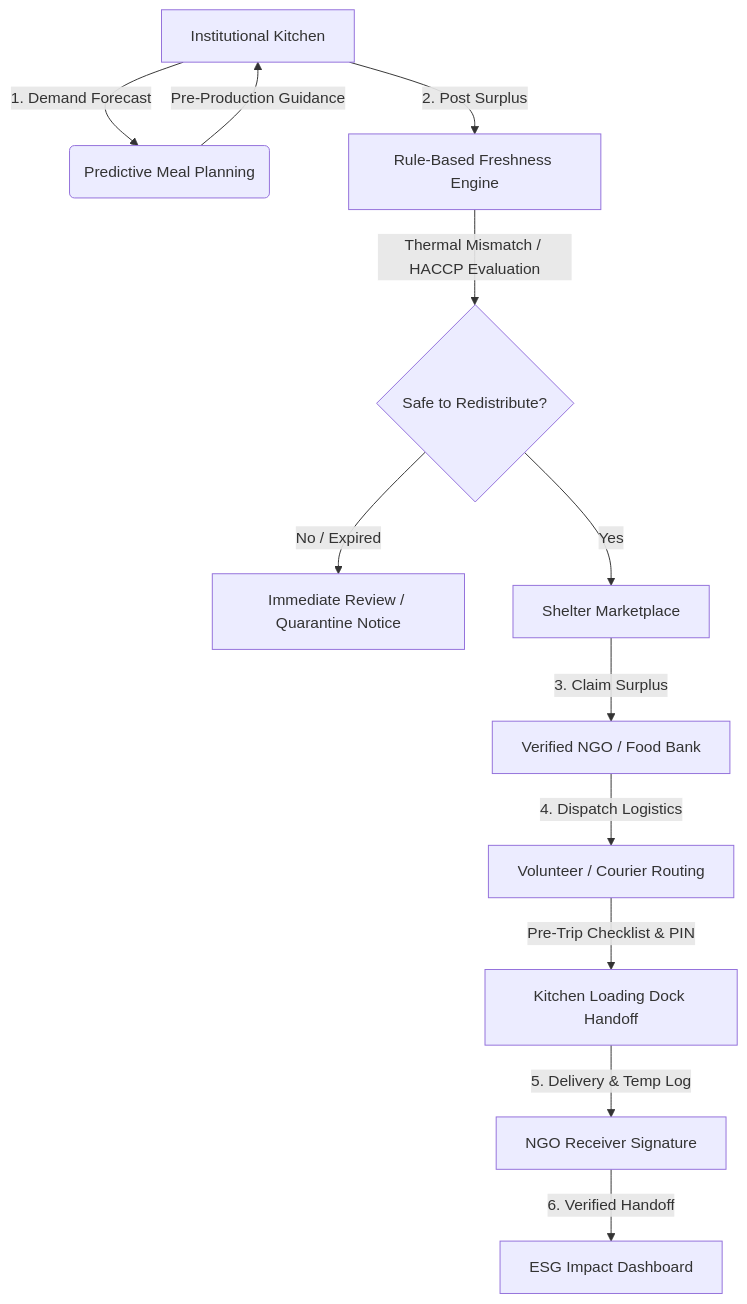
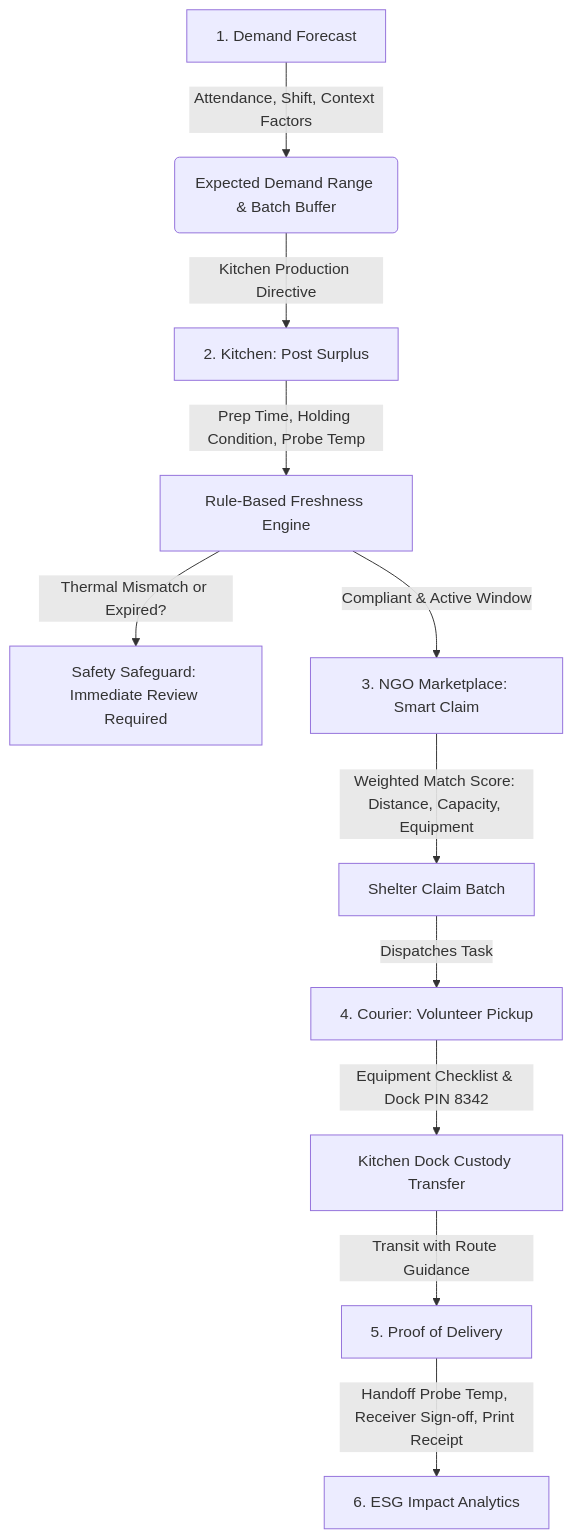
Before and after one commit to v-abhiramreddy/NOURISH_RELIEF_SIH26: the diagram in README.md, drawn with Mermaid. The commit also changed other lines of this file, not shown here.

````diff
--- a/README.md
+++ b/README.md
@@ -30,14 +38,13 @@
 ```mermaid
 graph TD
-    A[Institutional Kitchen] -->|1. Demand Forecast| B(Predictive Meal Planning)
-    B -->|Pre-Production Guidance| A
-    A -->|2. Post Surplus| C[Rule-Based Freshness Engine]
-    C -->|Thermal Mismatch / HACCP Evaluation| D{Safe to Redistribute?}
-    D -->|No / Expired| E[Immediate Review / Quarantine Notice]
-    D -->|Yes| F[Shelter Marketplace]
-    F -->|3. Claim Surplus| G[Verified NGO / Food Bank]
-    G -->|4. Dispatch Logistics| H[Volunteer / Courier Routing]
-    H -->|Pre-Trip Checklist & PIN| I[Kitchen Loading Dock Handoff]
-    I -->|5. Delivery & Temp Log| J[NGO Receiver Signature]
-    J -->|6. Verified Handoff| K[ESG Impact Dashboard]
+    A[1. Demand Forecast] -->|Attendance, Shift, Context Factors| B(Expected Demand Range & Batch Buffer)
+    B -->|Kitchen Production Directive| C[2. Kitchen: Post Surplus]
+    C -->|Prep Time, Holding Condition, Probe Temp| D[Rule-Based Freshness Engine]
+    D -->|Thermal Mismatch or Expired?| E[Safety Safeguard: Immediate Review Required]
+    D -->|Compliant & Active Window| F[3. NGO Marketplace: Smart Claim]
+    F -->|Weighted Match Score: Distance, Capacity, Equipment| G[Shelter Claim Batch]
+    G -->|Dispatches Task| H[4. Courier: Volunteer Pickup]
+    H -->|Equipment Checklist & Dock PIN 8342| I[Kitchen Dock Custody Transfer]
+    I -->|Transit with Route Guidance| J[5. Proof of Delivery]
+    J -->|Handoff Probe Temp, Receiver Sign-off, Print Receipt| K[6. ESG Impact Analytics]
 ```
````
